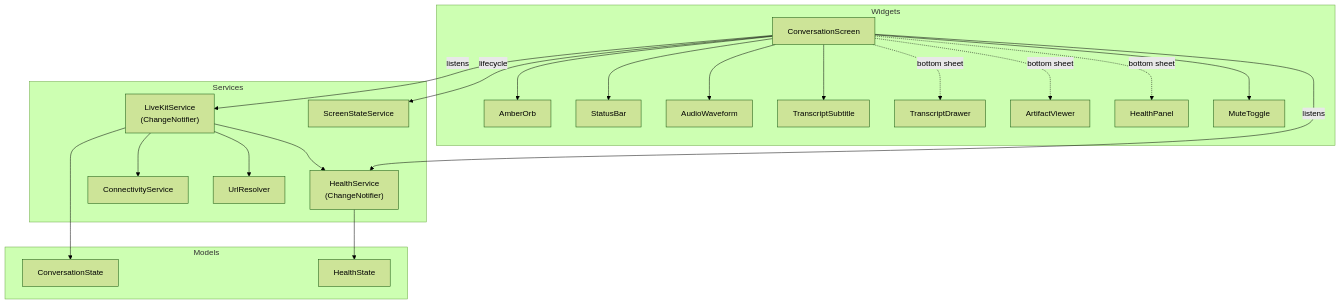
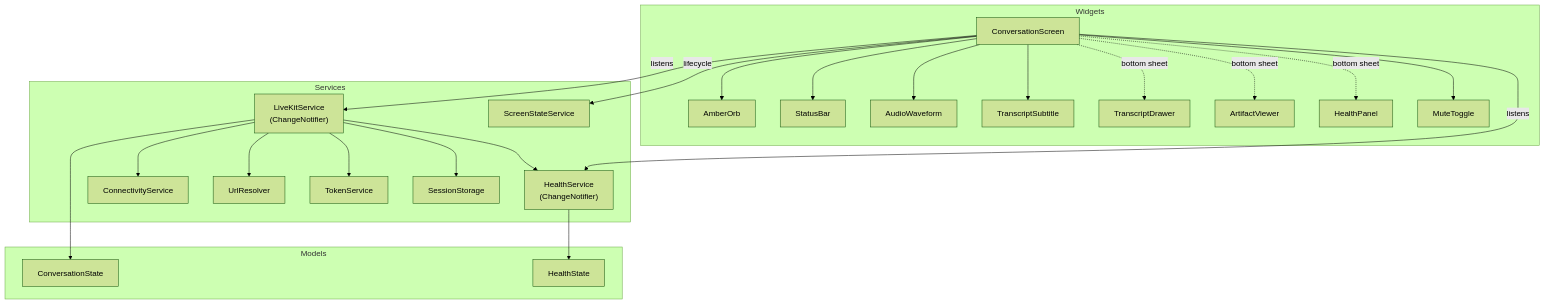
The first of 3 diagrams in docs/architecture/mobile-client.md (dremonkey/fletcher), drawn with Mermaid (forest theme) before and after one commit. The commit also changed other lines of this file and 16 other files, not shown here.

````diff
--- a/docs/architecture/mobile-client.md
+++ b/docs/architecture/mobile-client.md
@@ -9,40 +9,44 @@
 ```mermaid
 flowchart TD
     subgraph "Widgets"
         CS["ConversationScreen"]
         AO["AmberOrb"]
         SB["StatusBar"]
         AW["AudioWaveform"]
         TS["TranscriptSubtitle"]
         TD["TranscriptDrawer"]
         AV["ArtifactViewer"]
         HP["HealthPanel"]
         MT["MuteToggle"]
     end
 
     subgraph "Services"
         LKS["LiveKitService<br/>(ChangeNotifier)"]
         HS["HealthService<br/>(ChangeNotifier)"]
         CONN["ConnectivityService"]
         SSS["ScreenStateService"]
         UR["UrlResolver"]
+        TKS["TokenService"]
+        SES["SessionStorage"]
     end
 
     subgraph "Models"
         STATE["ConversationState"]
         HEALTH["HealthState"]
     end
 
     CS --> AO & SB & AW & TS & MT
     CS -.->|"bottom sheet"| TD & AV & HP
 
     LKS --> STATE
     HS --> HEALTH
     LKS --> HS
     LKS --> CONN
     LKS --> UR
+    LKS --> TKS
+    LKS --> SES
     CS -->|"lifecycle"| SSS
 
     CS -->|"listens"| LKS
     CS -->|"listens"| HS
 ```
````
